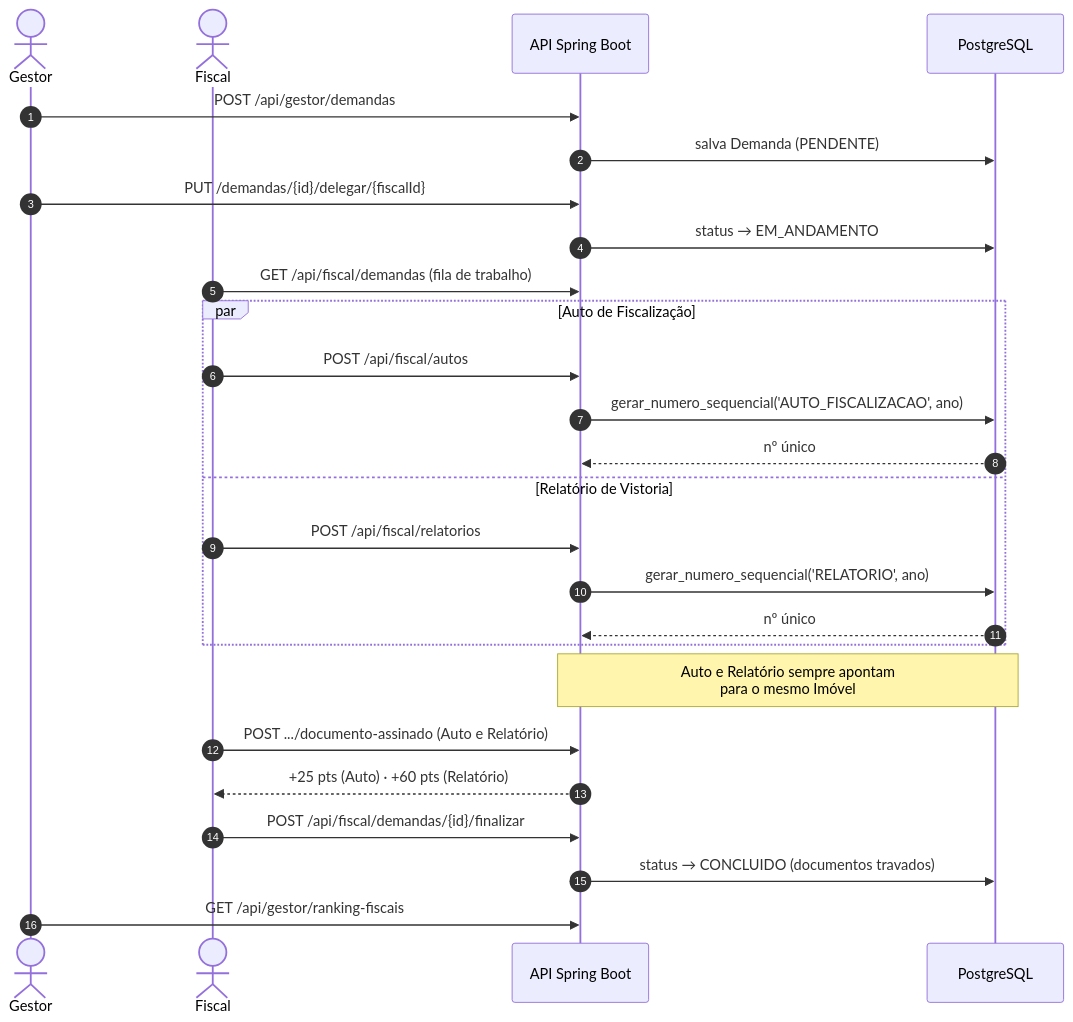
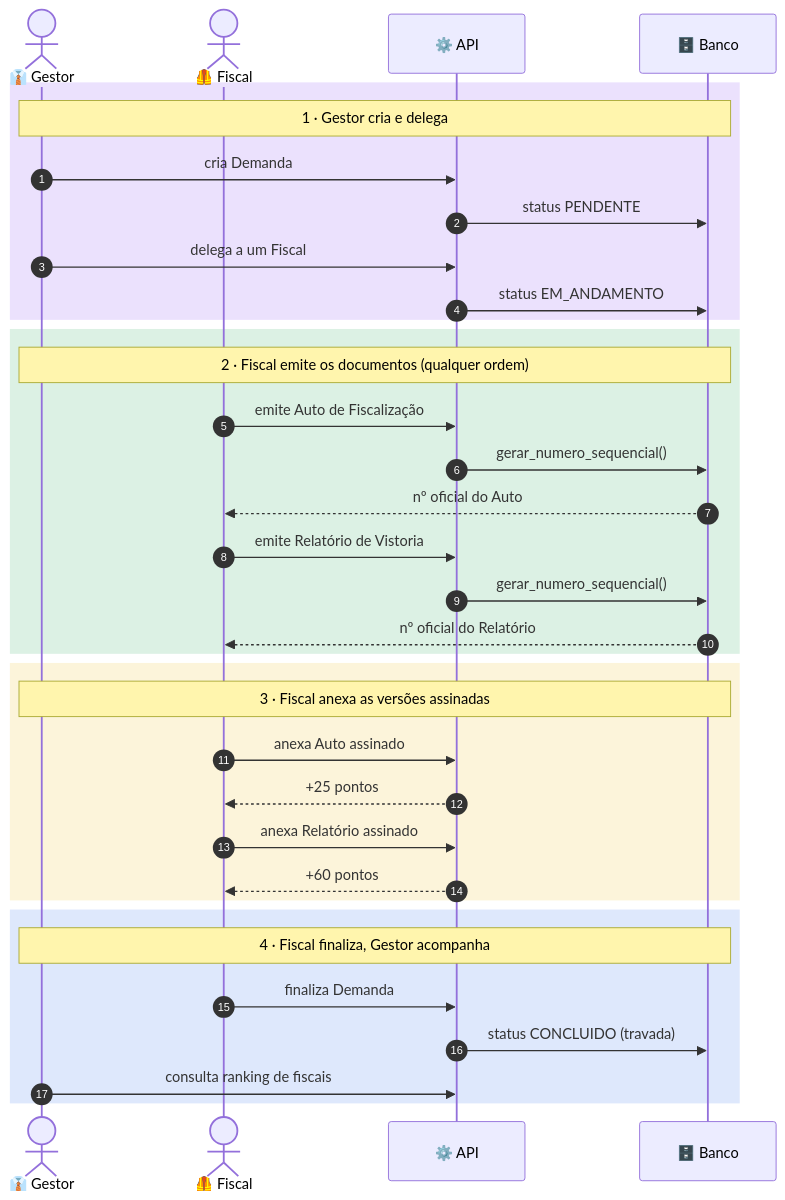
Before and after one commit to Lulu-blue/M-dulo-de-Fiscaliza-o-Ambiental: the second of 6 diagrams in README.md, drawn with Mermaid. The commit also changed other lines of this file, not shown here.

````diff
--- a/README.md
+++ b/README.md
@@ -192,32 +200,41 @@
 ```mermaid
 sequenceDiagram
     autonumber
-    actor G as Gestor
-    actor F as Fiscal
-    participant API as API Spring Boot
-    participant DB as PostgreSQL
+    actor G as 👔 Gestor
+    actor F as 🦺 Fiscal
+    participant API as ⚙️ API
+    participant DB as 🗄️ Banco
 
-    G->>API: POST /api/gestor/demandas
-    API->>DB: salva Demanda (PENDENTE)
-    G->>API: PUT /demandas/{id}/delegar/{fiscalId}
-    API->>DB: status → EM_ANDAMENTO
+    rect rgba(124, 58, 237, 0.15)
+    Note over G,DB: 1 · Gestor cria e delega
+    G->>API: cria Demanda
+    API->>DB: status PENDENTE
+    G->>API: delega a um Fiscal
+    API->>DB: status EM_ANDAMENTO
+    end
 
-    F->>API: GET /api/fiscal/demandas (fila de trabalho)
-    par Auto de Fiscalização
-        F->>API: POST /api/fiscal/autos
-        API->>DB: gerar_numero_sequencial('AUTO_FISCALIZACAO', ano)
-        DB-->>API: nº único
-    and Relatório de Vistoria
-        F->>API: POST /api/fiscal/relatorios
-        API->>DB: gerar_numero_sequencial('RELATORIO', ano)
-        DB-->>API: nº único
+    rect rgba(22, 163, 74, 0.15)
+    Note over G,DB: 2 · Fiscal emite os documentos (qualquer ordem)
+    F->>API: emite Auto de Fiscalização
+    API->>DB: gerar_numero_sequencial()
+    DB-->>F: nº oficial do Auto
+    F->>API: emite Relatório de Vistoria
+    API->>DB: gerar_numero_sequencial()
+    DB-->>F: nº oficial do Relatório
     end
-    Note over API,DB: Auto e Relatório sempre apontam<br/>para o mesmo Imóvel
 
-    F->>API: POST .../documento-assinado (Auto e Relatório)
-    API-->>F: +25 pts (Auto) · +60 pts (Relatório)
+    rect rgba(234, 179, 8, 0.15)
+    Note over G,DB: 3 · Fiscal anexa as versões assinadas
+    F->>API: anexa Auto assinado
+    API-->>F: +25 pontos
+    F->>API: anexa Relatório assinado
+    API-->>F: +60 pontos
+    end
 
-    F->>API: POST /api/fiscal/demandas/{id}/finalizar
-    API->>DB: status → CONCLUIDO (documentos travados)
-    G->>API: GET /api/gestor/ranking-fiscais
+    rect rgba(37, 99, 235, 0.15)
+    Note over G,DB: 4 · Fiscal finaliza, Gestor acompanha
+    F->>API: finaliza Demanda
+    API->>DB: status CONCLUIDO (travada)
+    G->>API: consulta ranking de fiscais
+    end
 ```
````
